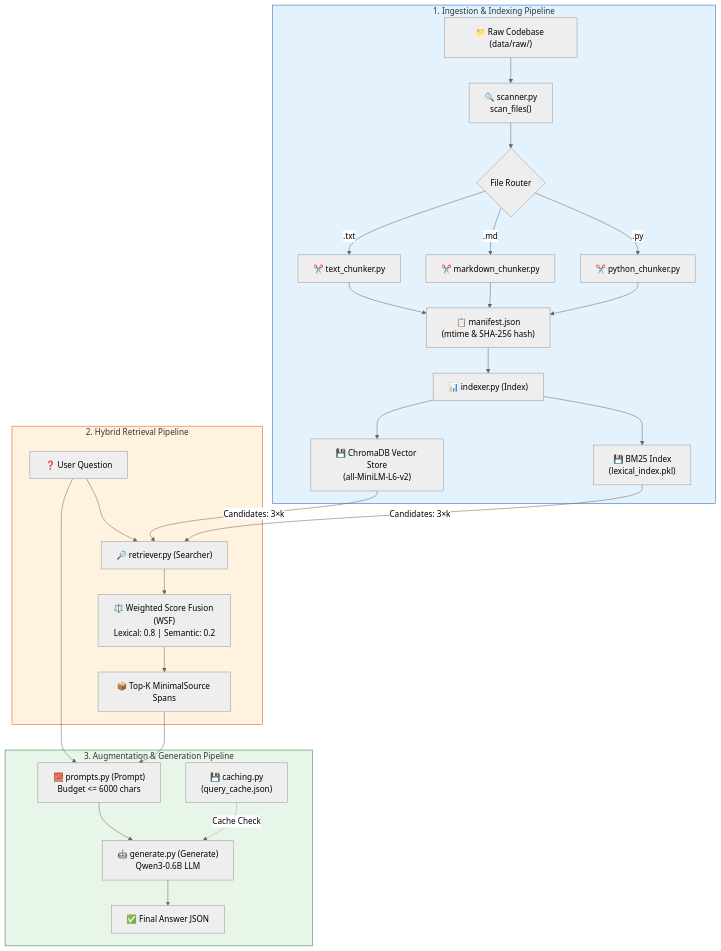
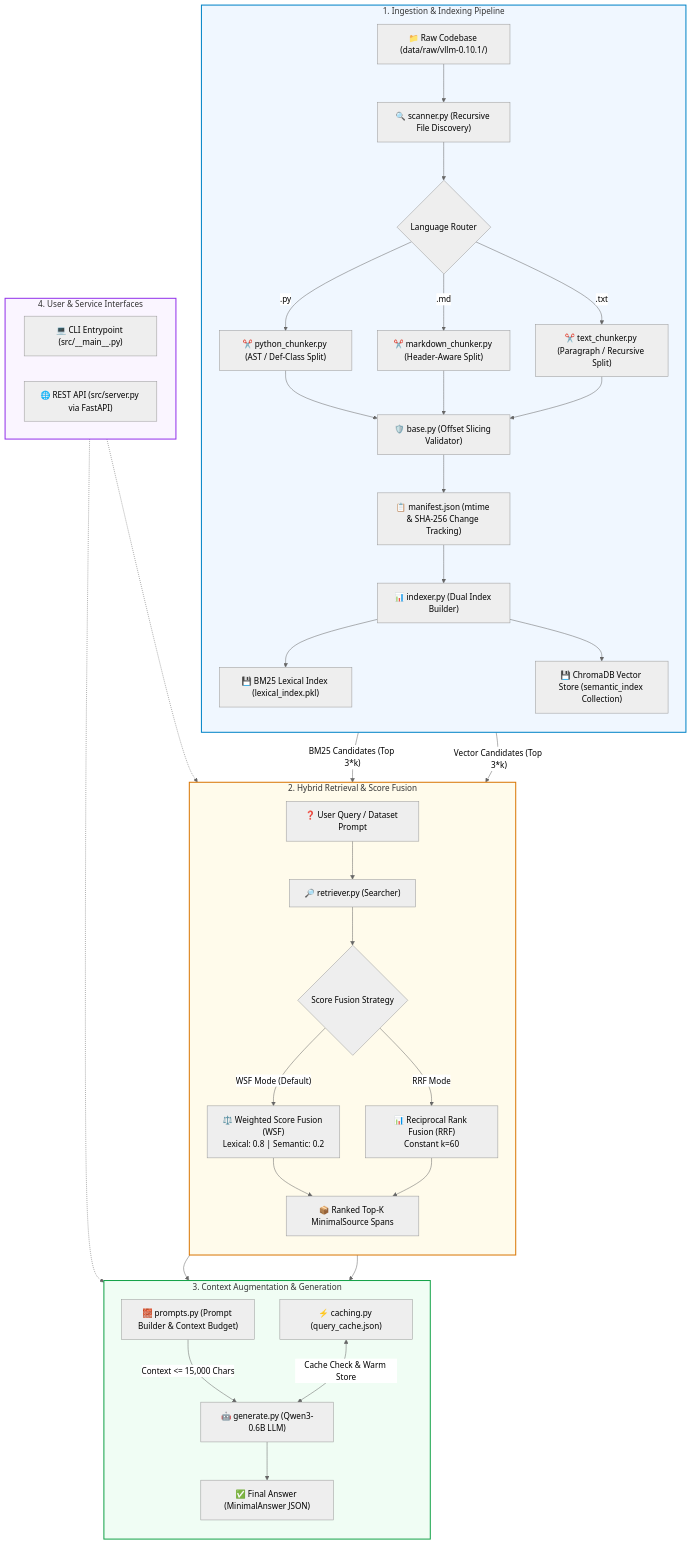
The first of 8 diagrams in docs/ARCHITECTURE.md (Yahyaoui7/42_RAG), drawn with Mermaid (neutral theme) before and after one commit. The commit also changed other lines of this file and 1 other file, not shown here.

Commit message:
add the architecture file to explain the project

````diff
--- a/docs/ARCHITECTURE.md
+++ b/docs/ARCHITECTURE.md
@@ -46,34 +28,50 @@
 ```mermaid
 flowchart TD
-    subgraph Ingestion["1. Ingestion & Indexing Pipeline"]
-        RAW["📁 Raw Codebase (data/raw/)"] --> SCAN["🔍 scanner.py\nscan_files()"]
-        SCAN --> ROUTE{"File Router"}
-        ROUTE -->|".py"| CHK_PY["✂️ python_chunker.py"]
-        ROUTE -->|".md"| CHK_MD["✂️ markdown_chunker.py"]
-        ROUTE -->|".txt"| CHK_TXT["✂️ text_chunker.py"]
-        CHK_PY & CHK_MD & CHK_TXT --> MAN["📋 manifest.json\n(mtime & SHA-256 hash)"]
-        MAN --> IDX["📊 indexer.py (Index)"]
-        IDX --> BM25["💾 BM25 Index\n(lexical_index.pkl)"]
-        IDX --> CHROMA["💾 ChromaDB Vector Store\n(all-MiniLM-L6-v2)"]
+    subgraph S1["1. Ingestion & Indexing Pipeline"]
+        direction TB
+        RAW["📁 Raw Codebase (data/raw/vllm-0.10.1/)"] --> SCAN["🔍 scanner.py (Recursive File Discovery)"]
+        SCAN --> ROUTE{"Language Router"}
+        ROUTE -->|".py"| CHK_PY["✂️ python_chunker.py (AST / Def-Class Split)"]
+        ROUTE -->|".md"| CHK_MD["✂️ markdown_chunker.py (Header-Aware Split)"]
+        ROUTE -->|".txt"| CHK_TXT["✂️ text_chunker.py (Paragraph / Recursive Split)"]
+        CHK_PY & CHK_MD & CHK_TXT --> VAL["🛡️ base.py (Offset Slicing Validator)"]
+        VAL --> MANIFEST["📋 manifest.json (mtime & SHA-256 Change Tracking)"]
+        MANIFEST --> IDX["📊 indexer.py (Dual Index Builder)"]
+        IDX --> BM25_STORE["💾 BM25 Lexical Index (lexical_index.pkl)"]
+        IDX --> CHROMA_STORE["💾 ChromaDB Vector Store (semantic_index Collection)"]
     end
 
-    subgraph Retrieval["2. Hybrid Retrieval Pipeline"]
-        UQ["❓ User Question"] --> SRCH["🔎 retriever.py (Searcher)"]
-        BM25 -->|Candidates: 3×k| SRCH
-        CHROMA -->|Candidates: 3×k| SRCH
-        SRCH --> WSF["⚖️ Weighted Score Fusion (WSF)\nLexical: 0.8 | Semantic: 0.2"]
-        WSF --> TOPK["📦 Top-K MinimalSource Spans"]
+    subgraph S2["2. Hybrid Retrieval & Score Fusion"]
+        direction TB
+        QUERY["❓ User Query / Dataset Prompt"] --> RET["🔎 retriever.py (Searcher)"]
+        BM25_STORE -->|"BM25 Candidates (Top 3*k)"| RET
+        CHROMA_STORE -->|"Vector Candidates (Top 3*k)"| RET
+        RET --> FUSION{"Score Fusion Strategy"}
+        FUSION -->|"WSF Mode (Default)"| WSF["⚖️ Weighted Score Fusion (WSF)\nLexical: 0.8 | Semantic: 0.2"]
+        FUSION -->|"RRF Mode"| RRF["📊 Reciprocal Rank Fusion (RRF)\nConstant k=60"]
+        WSF & RRF --> TOPK["📦 Ranked Top-K MinimalSource Spans"]
     end
 
-    subgraph Generation["3. Augmentation & Generation Pipeline"]
-        TOPK --> PRMPT["🧱 prompts.py (Prompt)\nBudget <= 6000 chars"]
-        UQ --> PRMPT
-        PRMPT --> GEN["🤖 generate.py (Generate)\nQwen3-0.6B LLM"]
-        CACHE["💾 caching.py\n(query_cache.json)"] -.->|Cache Check| GEN
-        GEN --> ANS["✅ Final Answer JSON"]
+    subgraph S3["3. Context Augmentation & Generation"]
+        direction TB
+        TOPK --> BUDGET["🧱 prompts.py (Prompt Builder & Context Budget)"]
+        QUERY --> BUDGET
+        BUDGET -->|"Context <= 15,000 Chars"| GEN["🤖 generate.py (Qwen3-0.6B LLM)"]
+        CACHE["⚡ caching.py (query_cache.json)"] <-->|"Cache Check & Warm Store"| GEN
+        GEN --> ANS["✅ Final Answer (MinimalAnswer JSON)"]
     end
 
-    style Ingestion fill:#e3f2fd,stroke:#1565c0
-    style Retrieval fill:#fff3e0,stroke:#e65100
-    style Generation fill:#e8f5e9,stroke:#2e7d32
+    subgraph S4["4. User & Service Interfaces"]
+        direction LR
+        CLI["💻 CLI Entrypoint (src/__main__.py)"]
+        API["🌐 REST API (src/server.py via FastAPI)"]
+    end
+
+    S4 -.-> S2
+    S4 -.-> S3
+
+    style S1 fill:#f0f7ff,stroke:#0284c7,stroke-width:2px
+    style S2 fill:#fffbeb,stroke:#d97706,stroke-width:2px
+    style S3 fill:#f0fdf4,stroke:#16a34a,stroke-width:2px
+    style S4 fill:#faf5ff,stroke:#9333ea,stroke-width:2px
 ```
````
